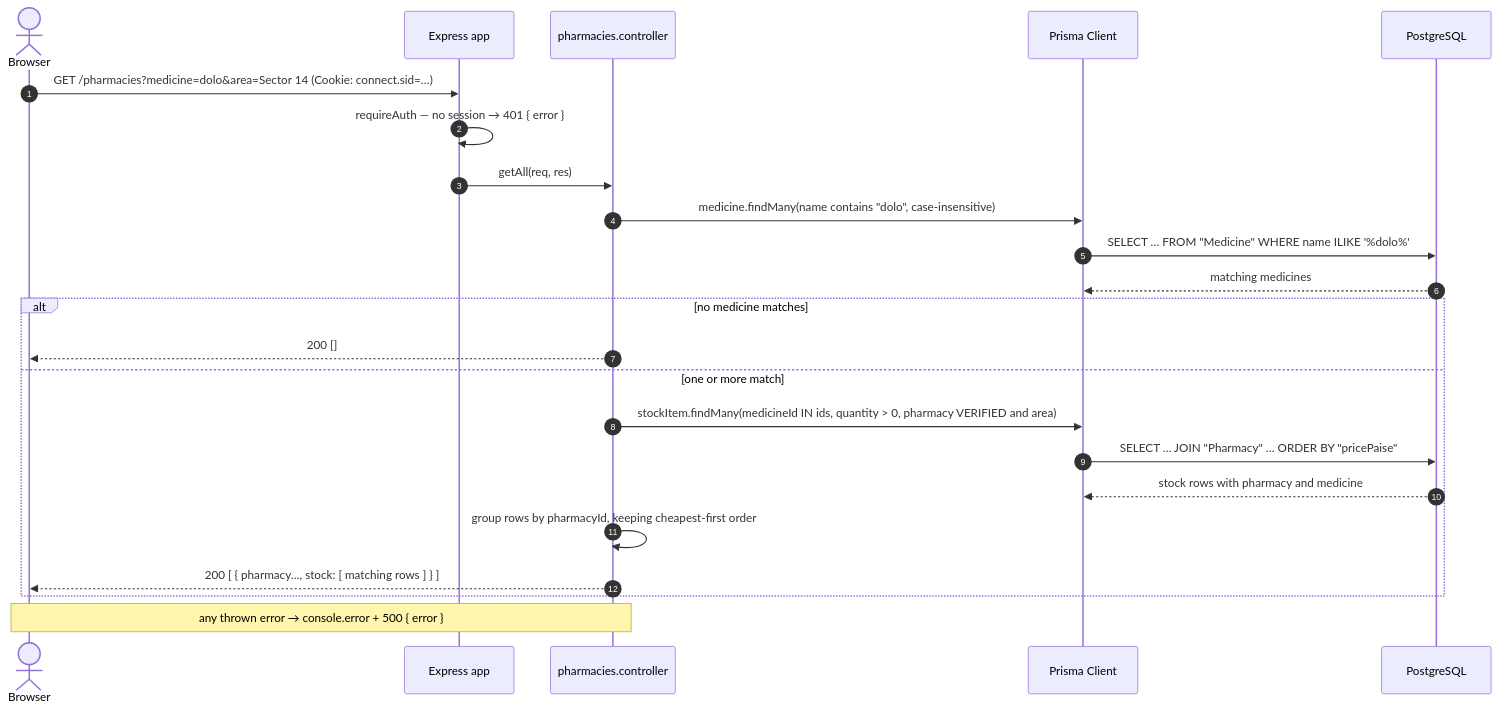
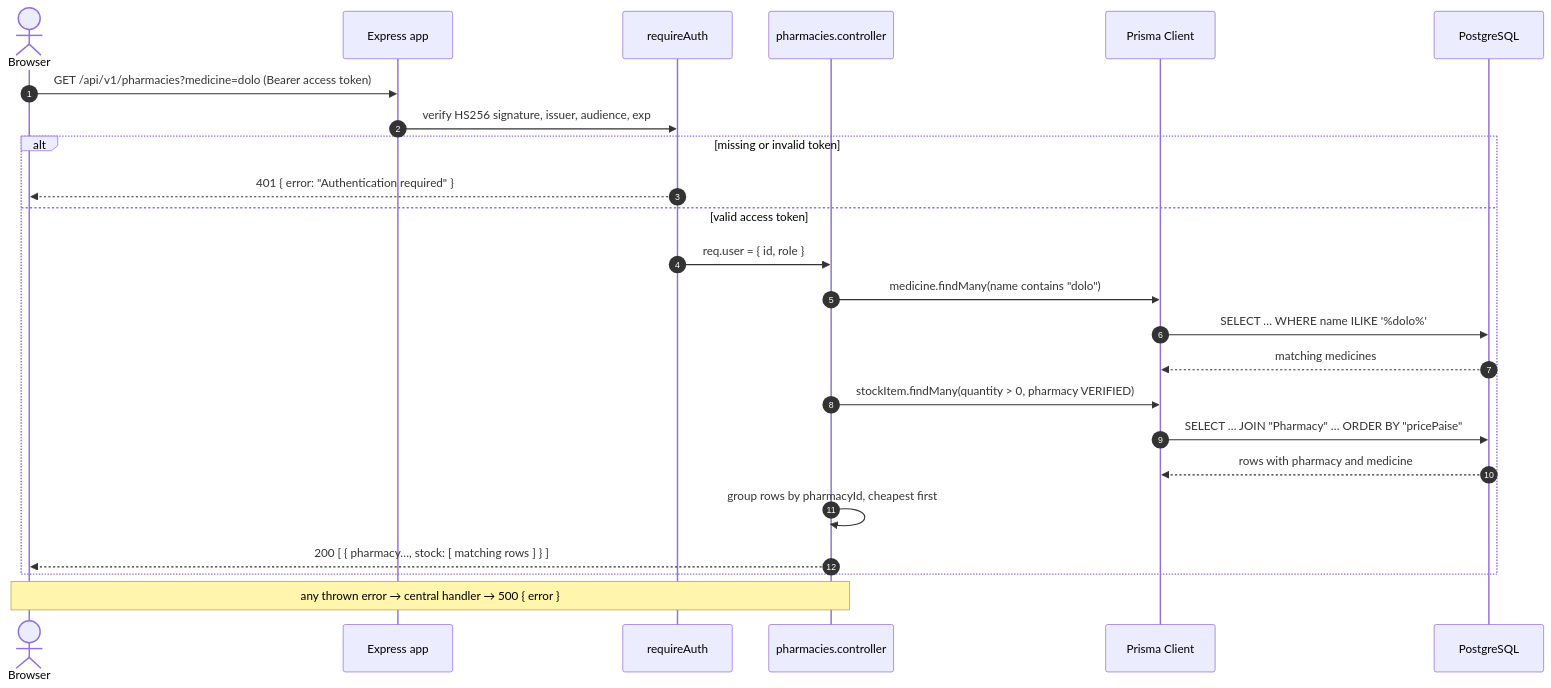
The second of 4 diagrams in README.md (vishalkbladerunner-create/velora_AP_2026), drawn with Mermaid before and after one commit. The commit also changed other lines of this file and 51 other files, not shown here.

````diff
--- a/README.md
+++ b/README.md
@@ -92,26 +111,27 @@
 ```mermaid
 sequenceDiagram
     autonumber
     actor U as Browser
     participant A as Express app
+    participant M as requireAuth
     participant C as pharmacies.controller
     participant P as Prisma Client
     participant D as PostgreSQL
 
-    U->>A: GET /pharmacies?medicine=dolo&area=Sector 14  (Cookie: connect.sid=…)
-    A->>A: requireAuth — no session → 401 { error }
-    A->>C: getAll(req, res)
-    C->>P: medicine.findMany(name contains "dolo", case-insensitive)
-    P->>D: SELECT … FROM "Medicine" WHERE name ILIKE '%dolo%'
-    D-->>P: matching medicines
-    alt no medicine matches
-        C-->>U: 200 []
-    else one or more match
-        C->>P: stockItem.findMany(medicineId IN ids, quantity > 0, pharmacy VERIFIED and area)
+    U->>A: GET /api/v1/pharmacies?medicine=dolo (Bearer access token)
+    A->>M: verify HS256 signature, issuer, audience, exp
+    alt missing or invalid token
+        M-->>U: 401 { error: "Authentication required" }
+    else valid access token
+        M->>C: req.user = { id, role }
+        C->>P: medicine.findMany(name contains "dolo")
+        P->>D: SELECT … WHERE name ILIKE '%dolo%'
+        D-->>P: matching medicines
+        C->>P: stockItem.findMany(quantity > 0, pharmacy VERIFIED)
         P->>D: SELECT … JOIN "Pharmacy" … ORDER BY "pricePaise"
-        D-->>P: stock rows with pharmacy and medicine
-        C->>C: group rows by pharmacyId, keeping cheapest-first order
+        D-->>P: rows with pharmacy and medicine
+        C->>C: group rows by pharmacyId, cheapest first
         C-->>U: 200 [ { pharmacy…, stock: [ matching rows ] } ]
     end
-    Note over C,U: any thrown error → console.error + 500 { error }
+    Note over C,U: any thrown error → central handler → 500 { error }
 ```
````
